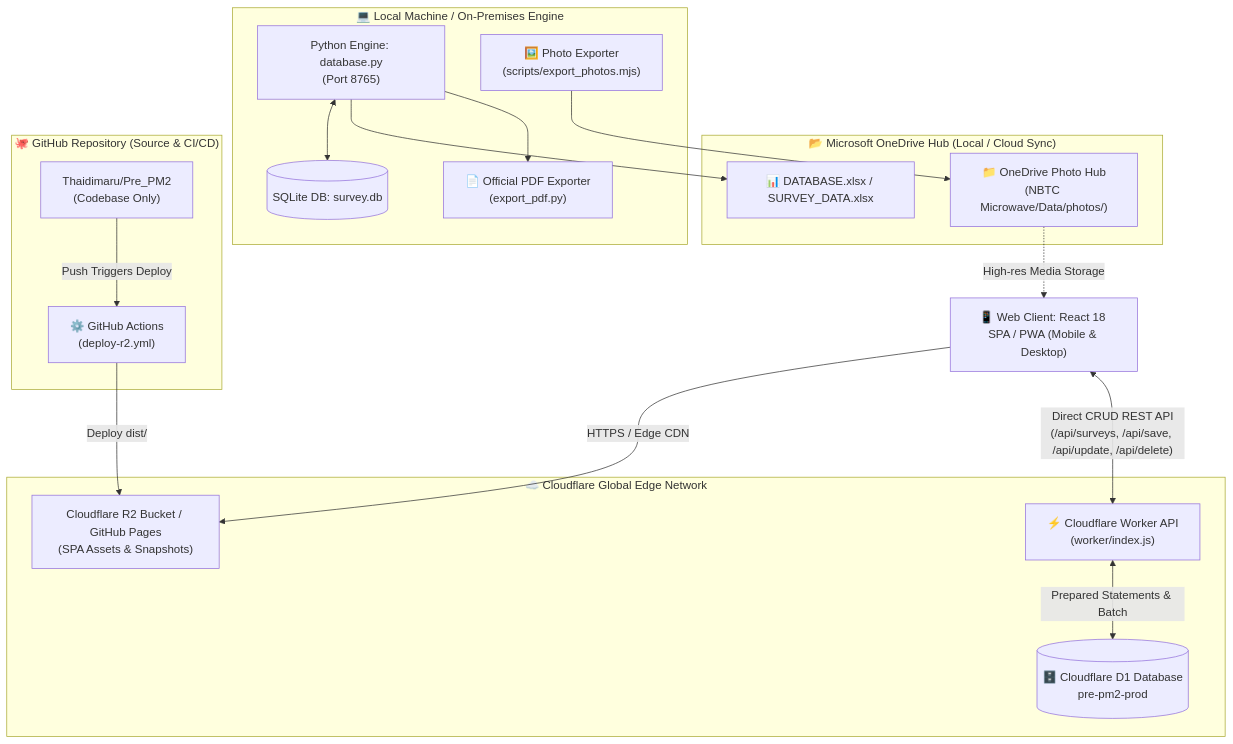
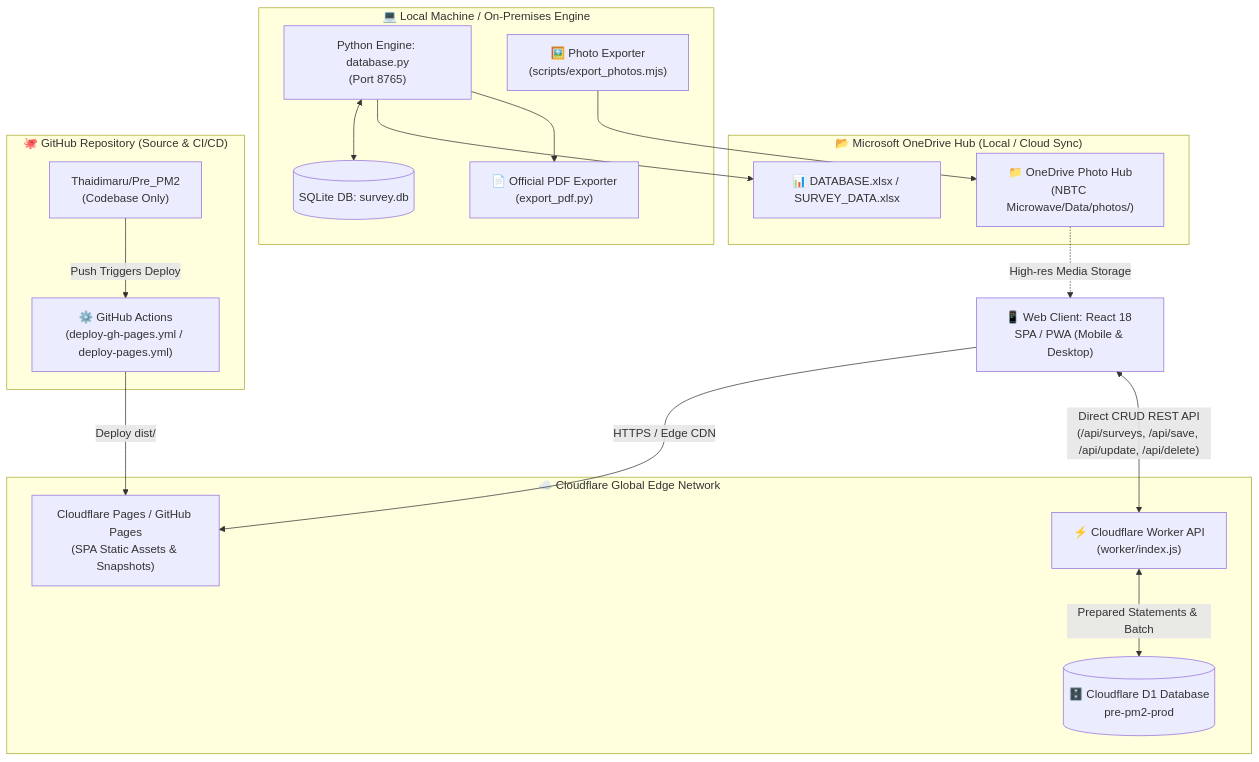
One commit to EEMEEMMEEx/Pre_PM2 changed the diagram in README.md. Above: the diagram before and after it, drawn with Mermaid. The commit also changed other lines of this file, not shown here.

Commit message:
docs(readme): replace Cloudflare R2 with Cloudflare Pages and GitHub Pages

````diff
--- a/README.md
+++ b/README.md
@@ -64,43 +64,43 @@
 ```mermaid
 graph TD
     Client["📱 Web Client: React 18 SPA / PWA (Mobile & Desktop)"]
 
     subgraph CloudflareEdge["☁️ Cloudflare Global Edge Network"]
-        R2Bucket["Cloudflare R2 Bucket / GitHub Pages<br/>(SPA Assets & Snapshots)"]
+        PagesHosting["Cloudflare Pages / GitHub Pages<br/>(SPA Static Assets & Snapshots)"]
         WorkerProxy["⚡ Cloudflare Worker API<br/>(worker/index.js)"]
         D1DB[("🗄️ Cloudflare D1 Database<br/>pre-pm2-prod")]
     end
 
     subgraph OneDriveStorage["📂 Microsoft OneDrive Hub (Local / Cloud Sync)"]
         OneDrivePhotos["📁 OneDrive Photo Hub<br/>(NBTC Microwave/Data/photos/)"]
         MasterExcel["📊 DATABASE.xlsx / SURVEY_DATA.xlsx"]
     end
 
     subgraph LocalEngine["💻 Local Machine / On-Premises Engine"]
         PyServer["Python Engine: database.py<br/>(Port 8765)"]
         SQLiteLocal[("SQLite DB: survey.db")]
         PDFGen["📄 Official PDF Exporter<br/>(export_pdf.py)"]
         PhotoExporter["🖼️ Photo Exporter<br/>(scripts/export_photos.mjs)"]
     end
 
     subgraph GitHubRepo["🐙 GitHub Repository (Source & CI/CD)"]
         GHSource["Thaidimaru/Pre_PM2<br/>(Codebase Only)"]
-        GHActions["⚙️ GitHub Actions<br/>(deploy-r2.yml)"]
+        GHActions["⚙️ GitHub Actions<br/>(deploy-gh-pages.yml / deploy-pages.yml)"]
     end
 
     %% Client Interactions
-    Client -->|"HTTPS / Edge CDN"| R2Bucket
+    Client -->|"HTTPS / Edge CDN"| PagesHosting
     Client <-->|"Direct CRUD REST API<br/>(/api/surveys, /api/save, /api/update, /api/delete)"| WorkerProxy
     WorkerProxy <-->|"Prepared Statements & Batch"| D1DB
 
     %% OneDrive & Local
     OneDrivePhotos -.->|"High-res Media Storage"| Client
     PyServer <--> SQLiteLocal
     PyServer --> MasterExcel
     PyServer --> PDFGen
     PhotoExporter --> OneDrivePhotos
 
     %% Git / CI
     GHSource -->|"Push Triggers Deploy"| GHActions
-    GHActions -->|"Deploy dist/"| R2Bucket
+    GHActions -->|"Deploy dist/"| PagesHosting
 ```
````
